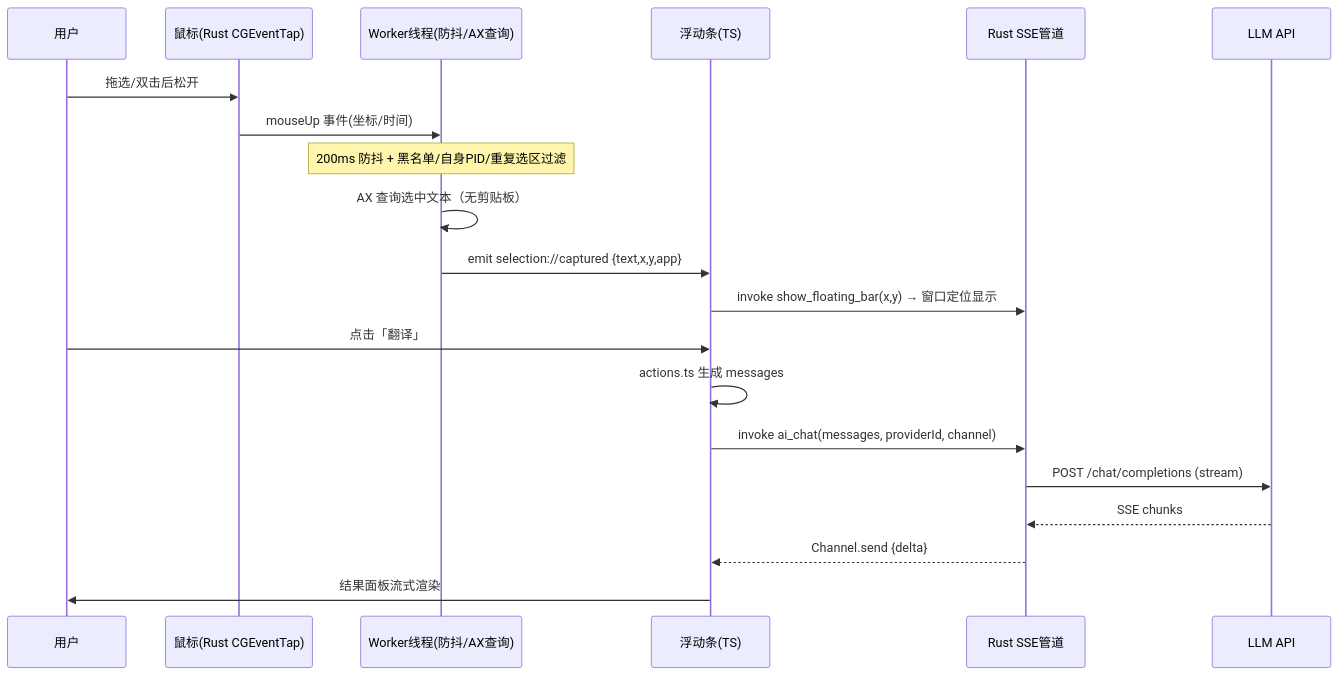
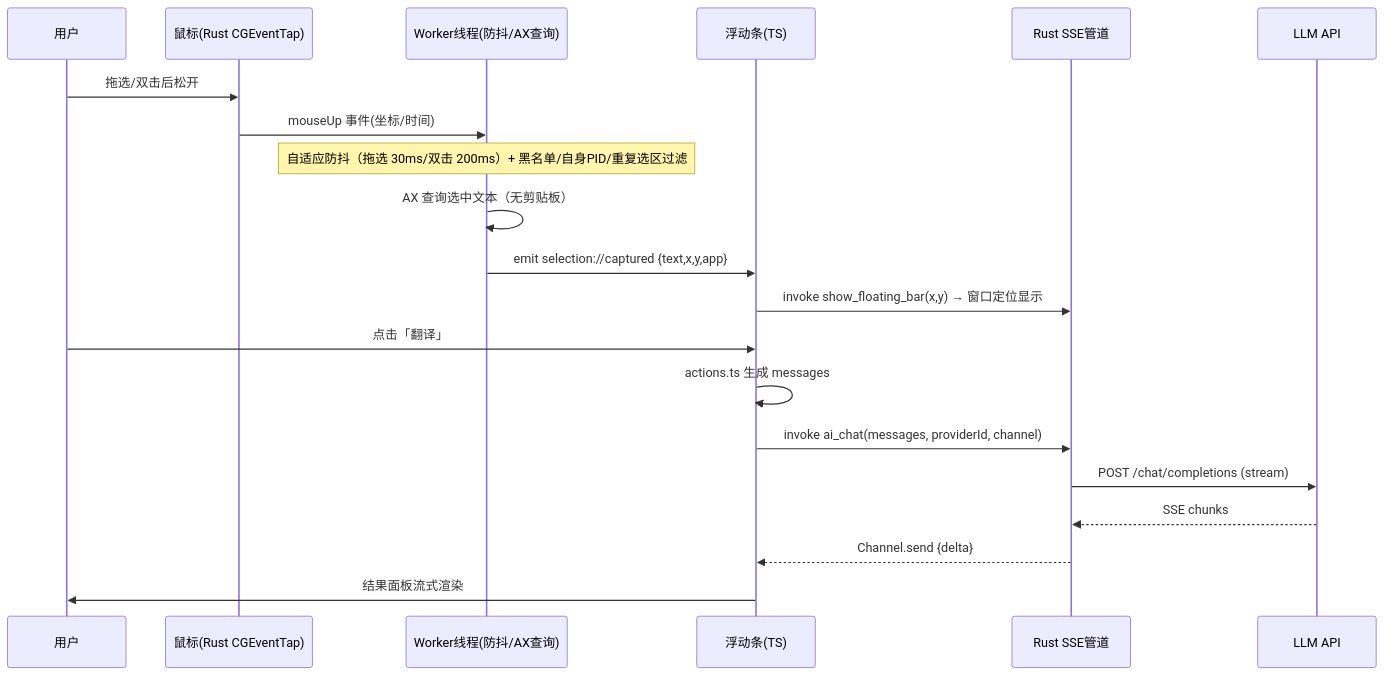
Before and after one commit to demo007x/Magpie: the second of 2 diagrams in docs/02-架构设计.md, drawn with Mermaid. The commit also changed other lines of this file and 16 other files, not shown here.

````diff
--- a/docs/02-架构设计.md
+++ b/docs/02-架构设计.md
@@ -46,23 +46,23 @@
 ```mermaid
 sequenceDiagram
     participant U as 用户
     participant M as 鼠标(Rust CGEventTap)
     participant W as Worker线程(防抖/AX查询)
     participant F as 浮动条(TS)
     participant P as Rust SSE管道
     participant L as LLM API
 
     U->>M: 拖选/双击后松开
     M->>W: mouseUp 事件(坐标/时间)
-    Note over W: 200ms 防抖 + 黑名单/自身PID/重复选区过滤
+    Note over W: 自适应防抖（拖选 30ms/双击 200ms）+ 黑名单/自身PID/重复选区过滤
     W->>W: AX 查询选中文本（无剪贴板）
     W->>F: emit selection://captured {text,x,y,app}
     F->>P: invoke show_floating_bar(x,y) → 窗口定位显示
     U->>F: 点击「翻译」
     F->>F: actions.ts 生成 messages
     F->>P: invoke ai_chat(messages, providerId, channel)
     P->>L: POST /chat/completions (stream)
     L-->>P: SSE chunks
     P-->>F: Channel.send {delta}
     F->>U: 结果面板流式渲染
 ```
````
